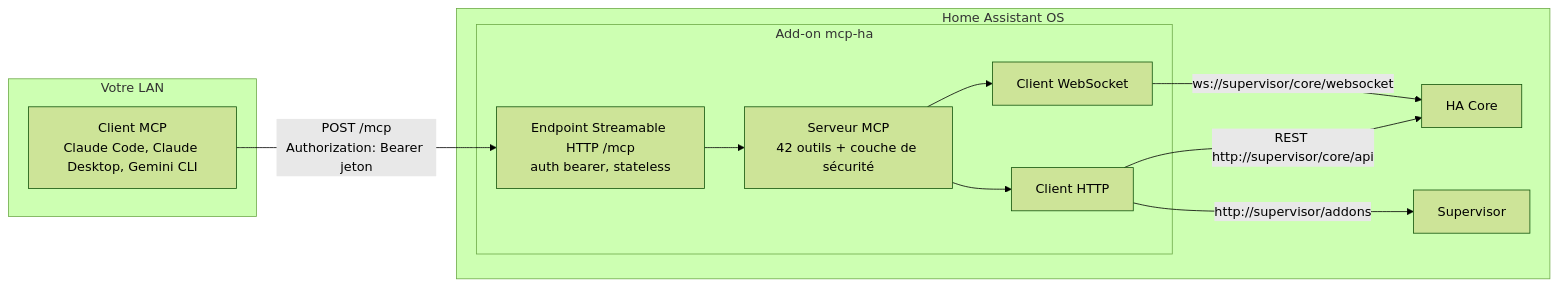
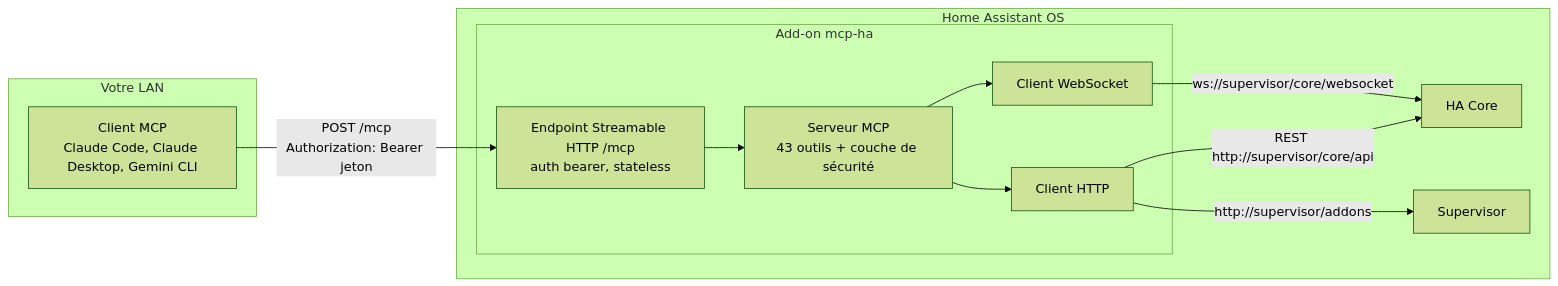
The first of 3 diagrams in docs/fr/reference/architecture.md (Devitek/mcp-ha), drawn with Mermaid (forest theme) before and after one commit. The commit also changed 20 other files, not shown here.

````diff
--- a/docs/fr/reference/architecture.md
+++ b/docs/fr/reference/architecture.md
@@ -7,23 +7,23 @@
 ```mermaid
 flowchart LR
   subgraph lan["Votre LAN"]
     C["Client MCP<br/>Claude Code, Claude Desktop, Gemini CLI"]
   end
   subgraph haos["Home Assistant OS"]
     subgraph addon["Add-on mcp-ha"]
       T["Endpoint Streamable HTTP /mcp<br/>auth bearer, stateless"]
-      S["Serveur MCP<br/>42 outils + couche de sécurité"]
+      S["Serveur MCP<br/>43 outils + couche de sécurité"]
       W["Client WebSocket"]
       H["Client HTTP"]
       T --> S
       S --> W
       S --> H
     end
     CORE["HA Core"]
     SUP["Supervisor"]
     W -->|"ws://supervisor/core/websocket"| CORE
     H -->|"REST http://supervisor/core/api"| CORE
     H -->|"http://supervisor/addons"| SUP
   end
   C -->|"POST /mcp<br/>Authorization: Bearer jeton"| T
 ```
````
